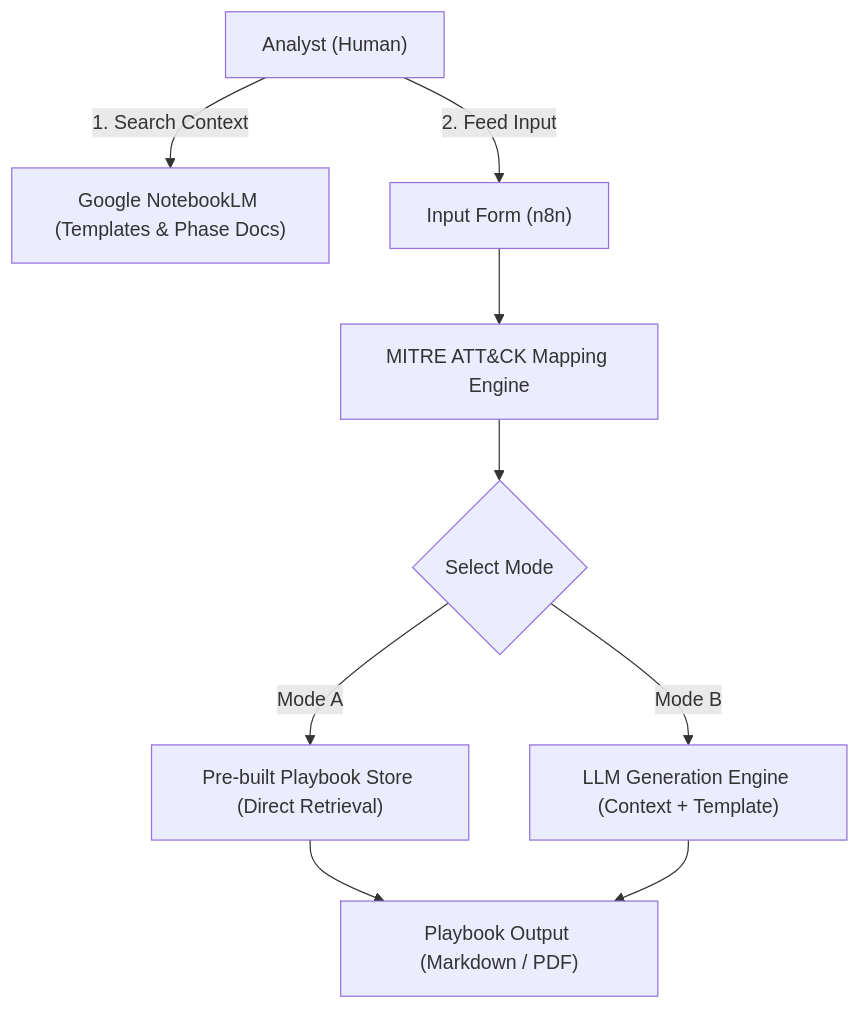
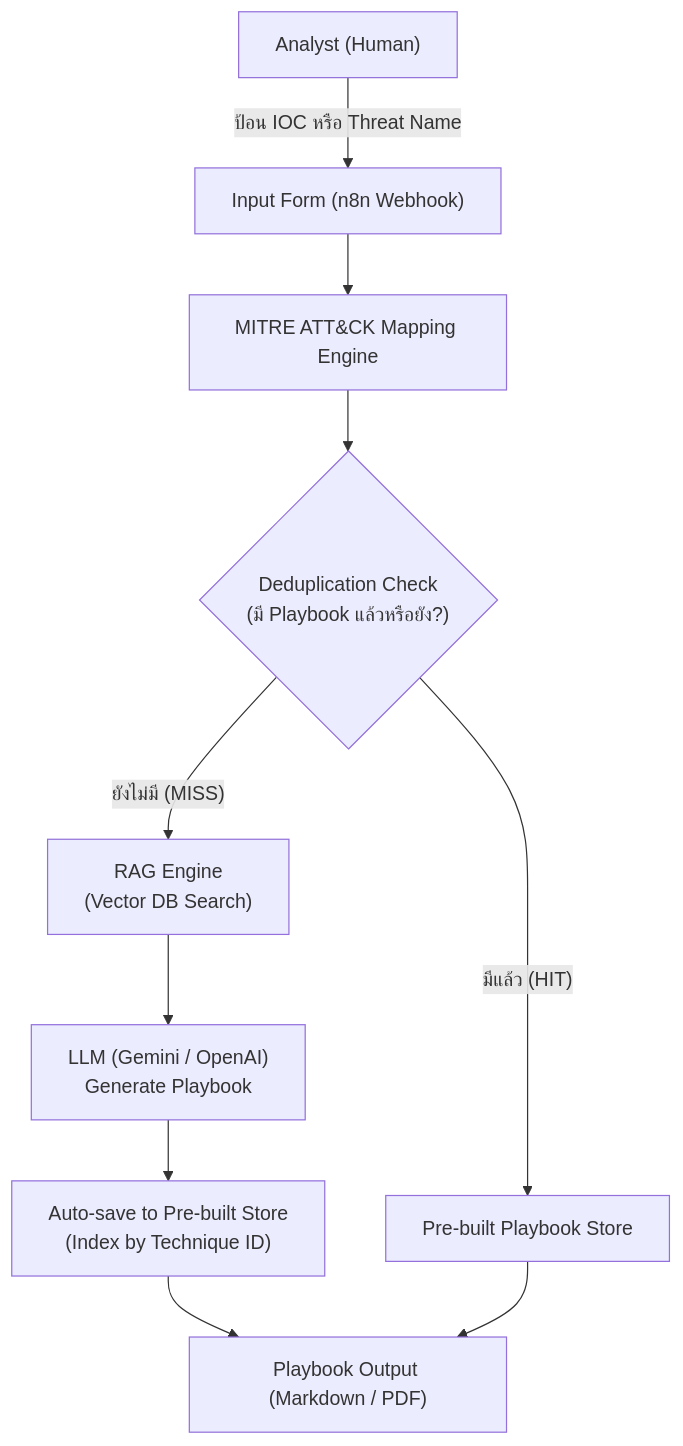
One commit to Chaithawatcer/omnissiah-playbook-workflow changed the first of 8 diagrams in architecture.md. Above: the diagram before and after it, drawn with Mermaid. The commit also changed other lines of this file, not shown here.

Commit message:
Upgrade to Fully Automated Architecture with RAG, Vector DB, Deduplication, and Auto-save

````diff
--- a/architecture.md
+++ b/architecture.md
@@ -15,11 +15,12 @@
 ```mermaid
 graph TD
-    user["Analyst (Human)"] -- "1. Search Context" --> nb["Google NotebookLM (Templates & Phase Docs)"]
-    user -- "2. Feed Input" --> input["Input Form (n8n)"]
+    user["Analyst (Human)"] -- "ป้อน IOC หรือ Threat Name" --> input["Input Form (n8n Webhook)"]
     input --> mapper["MITRE ATT&CK Mapping Engine"]
-    mapper --> route{"Select Mode"}
-    route -- "Mode A" --> prebuilt["Pre-built Playbook Store (Direct Retrieval)"]
-    route -- "Mode B" --> generate["LLM Generation Engine (Context + Template)"]
-    prebuilt --> output["Playbook Output (Markdown / PDF)"]
-    generate --> output
+    mapper --> dedup{"Deduplication Check\n(มี Playbook แล้วหรือยัง?)"}
+    dedup -- "มีแล้ว (HIT)" --> prebuilt["Pre-built Playbook Store"]
+    dedup -- "ยังไม่มี (MISS)" --> rag["RAG Engine\n(Vector DB Search)"]
+    rag --> llm["LLM (Gemini / OpenAI)\nGenerate Playbook"]
+    llm --> save["Auto-save to Pre-built Store\n(Index by Technique ID)"]
+    save --> output["Playbook Output (Markdown / PDF)"]
+    prebuilt --> output
 ```
````
